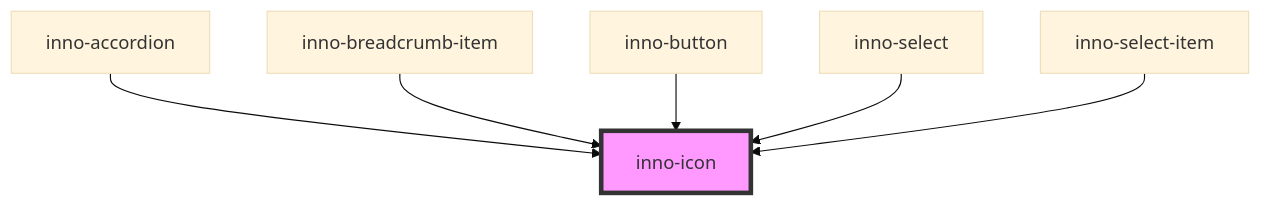
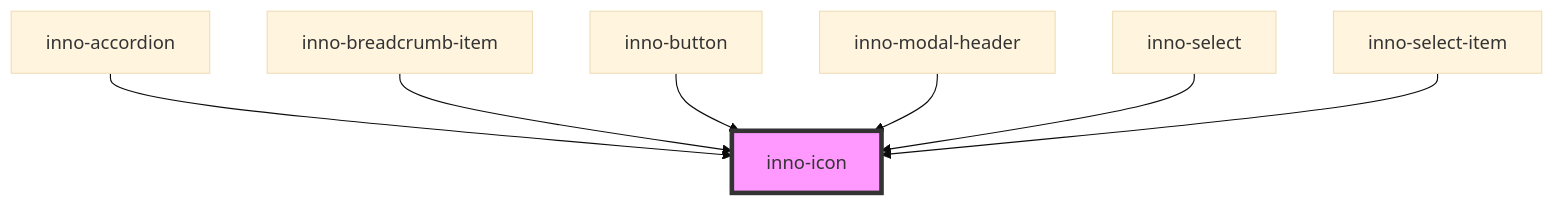
The diagram in packages/webdocs/docs/components/inno-icon/readme.md (innomotics/brand-experience), drawn with Mermaid (base theme) before and after one commit. The commit also changed other lines of this file and 43 other files, not shown here.

Commit message:
Add inno-modal

````diff
--- a/packages/webdocs/docs/components/inno-icon/readme.md
+++ b/packages/webdocs/docs/components/inno-icon/readme.md
@@ -103,9 +104,10 @@
 ```mermaid
 graph TD;
   inno-accordion --> inno-icon
   inno-breadcrumb-item --> inno-icon
   inno-button --> inno-icon
+  inno-modal-header --> inno-icon
   inno-select --> inno-icon
   inno-select-item --> inno-icon
   style inno-icon fill:#f9f,stroke:#333,stroke-width:4px
 ```
````
